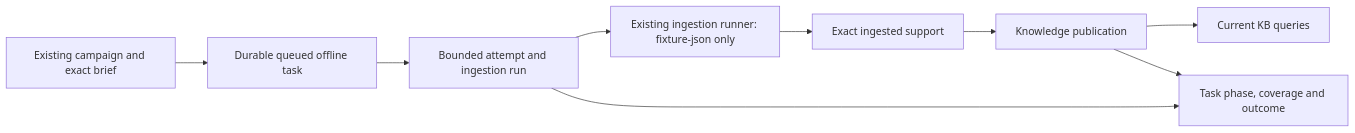
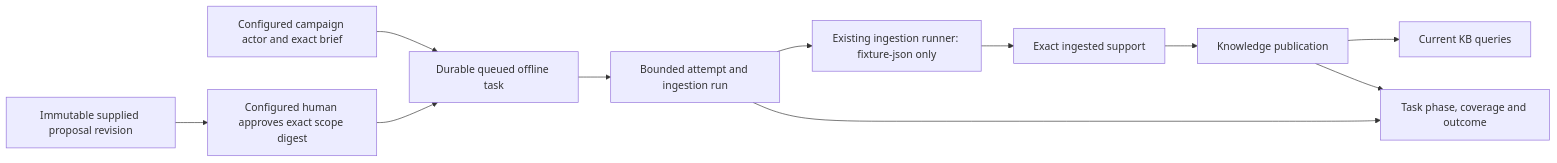
One commit to jinroylee/social-marketing-intelligence changed the second of 4 diagrams in docs/architecture.md. Above: the diagram before and after it, drawn with Mermaid. The commit also changed other lines of this file and 25 other files, not shown here.

Commit message:
feat: approve exact supplied enrichment proposals

````diff
--- a/docs/architecture.md
+++ b/docs/architecture.md
@@ -37,11 +37,13 @@
 ```mermaid
 flowchart LR
-    Campaign[Existing campaign and exact brief] --> Task[Durable queued offline task]
+    Campaign[Configured campaign actor and exact brief] --> Task[Durable queued offline task]
+    Proposal[Immutable supplied proposal revision] --> Approval[Configured human approves exact scope digest]
+    Approval --> Task
     Task --> Attempt[Bounded attempt and ingestion run]
     Attempt --> Runner[Existing ingestion runner: fixture-json only]
     Runner --> Support[Exact ingested support]
     Support --> Publication[Knowledge publication]
     Publication --> Query[Current KB queries]
     Attempt --> Detail[Task phase, coverage and outcome]
     Publication --> Detail
 ```
````
